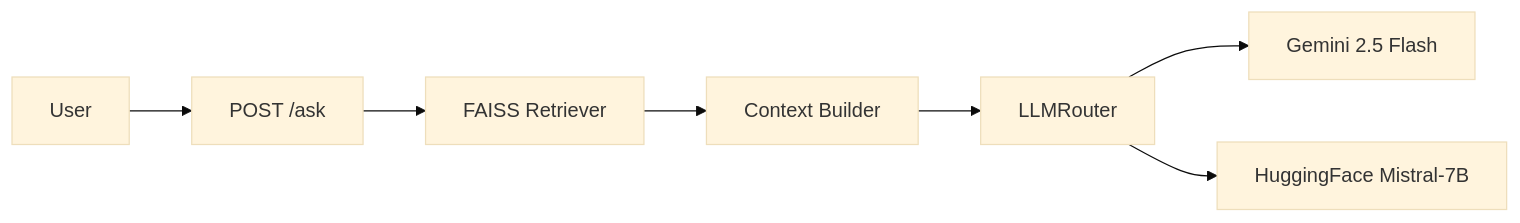
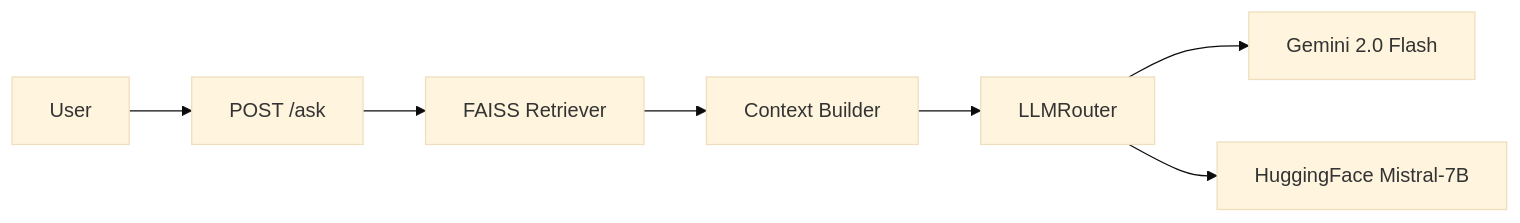
The diagram in README.md (Raman909/AI-native-learning), drawn with Mermaid (base theme) before and after one commit. The commit also changed other lines of this file, not shown here.

````diff
--- a/README.md
+++ b/README.md
@@ -7,9 +12,9 @@
 ```mermaid
 flowchart LR
     U[User] --> A[POST /ask]
     A --> R[FAISS Retriever]
     R --> C[Context Builder]
     C --> L[LLMRouter]
-    L --> G[Gemini 2.5 Flash]
+    L --> G[Gemini 2.0 Flash]
     L --> H[HuggingFace Mistral-7B]
 ```
````
